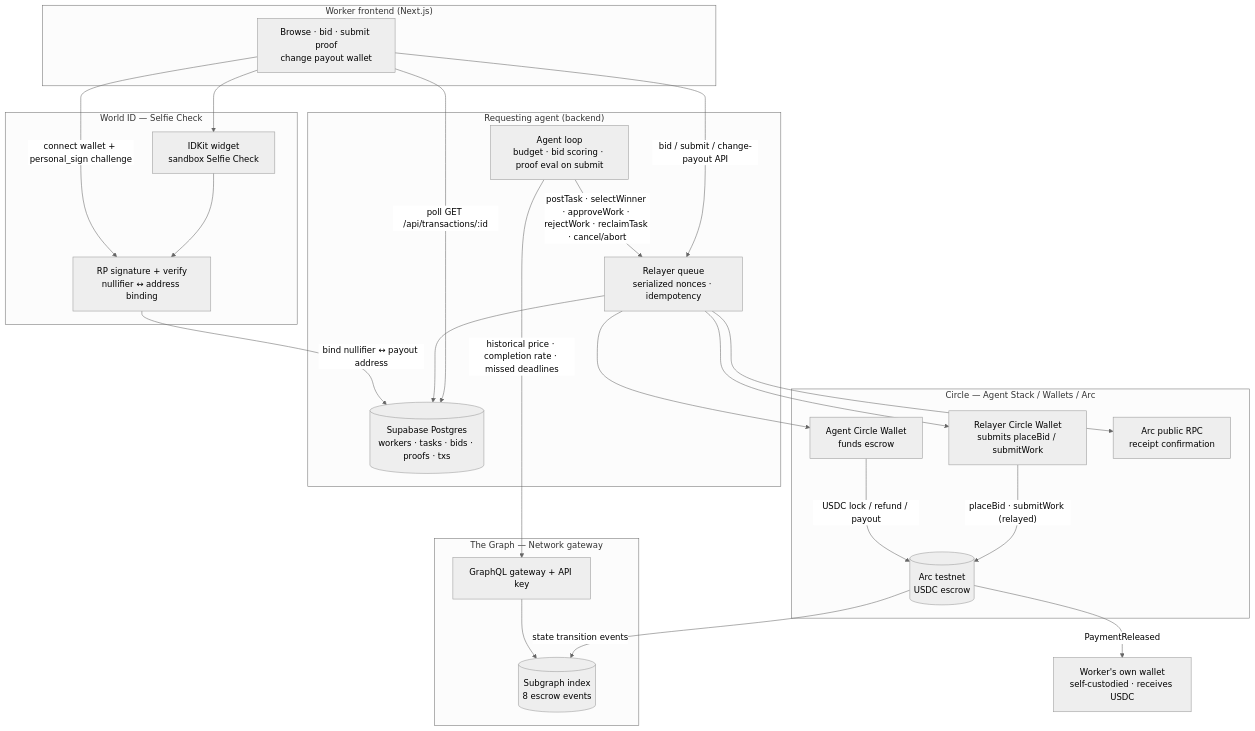
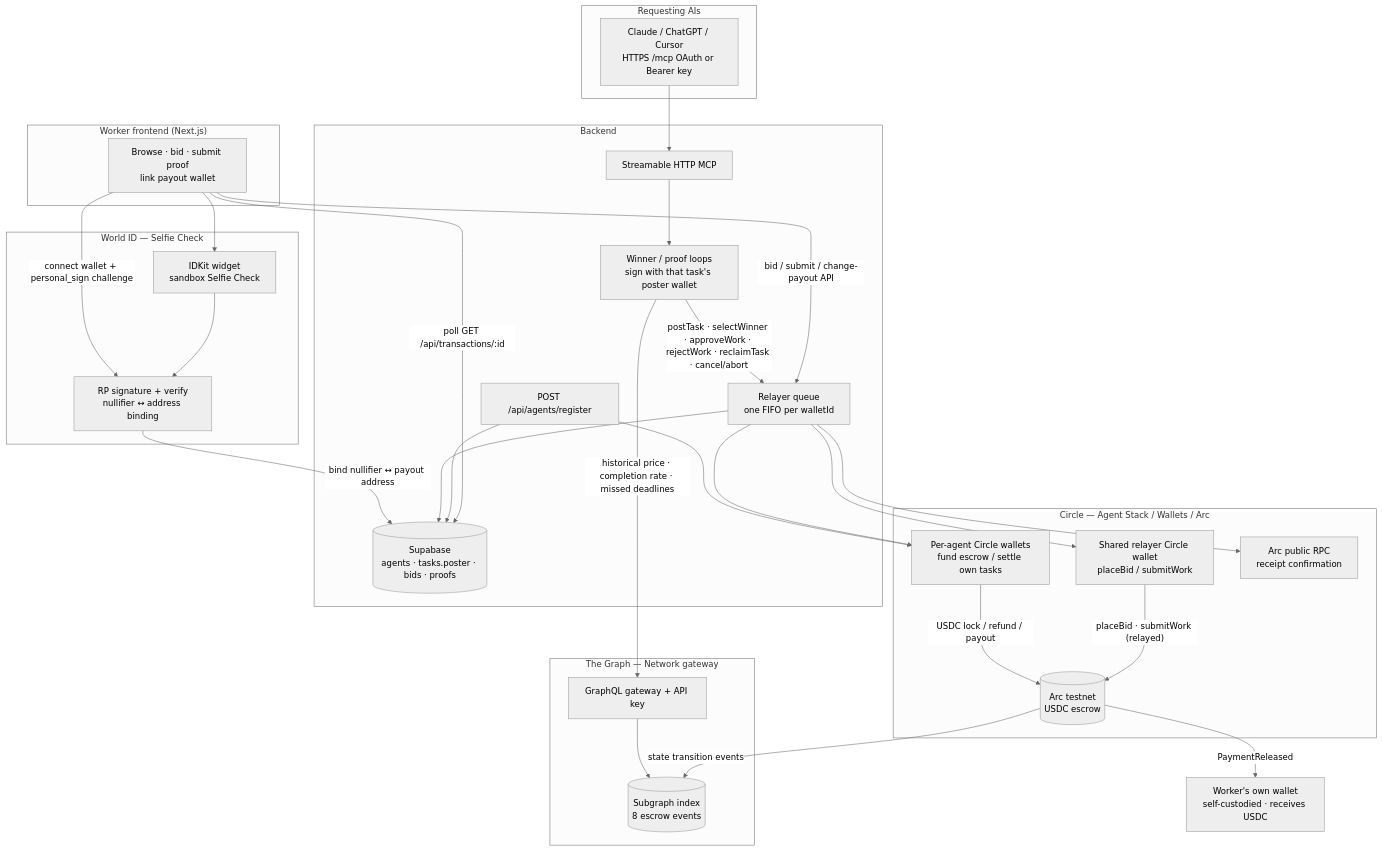
One commit to Anoop072001/levantate-bridge changed the first of 2 diagrams in docs/architecture.md. Above: the diagram before and after it, drawn with Mermaid (neutral theme). The commit also changed other lines of this file and 62 other files, not shown here.

````diff
--- a/docs/architecture.md
+++ b/docs/architecture.md
@@ -15,52 +15,62 @@
 ```mermaid
 flowchart TB
-  subgraph Agent["Requesting agent (backend)"]
-    AL[Agent loop<br/>budget · bid scoring · proof eval on submit]
-    RQ[Relayer queue<br/>serialized nonces · idempotency]
-    DB[(Supabase Postgres<br/>workers · tasks · bids · proofs · txs)]
+  subgraph Clients["Requesting AIs"]
+    CL[Claude / ChatGPT / Cursor<br/>HTTPS /mcp OAuth or Bearer key]
+  end
+
+  subgraph Backend["Backend"]
+    MCP[Streamable HTTP MCP]
+    AL[Winner / proof loops<br/>sign with that task's poster wallet]
+    RQ[Relayer queue<br/>one FIFO per walletId]
+    REG[POST /api/agents/register]
+    DB[(Supabase<br/>agents · tasks.poster · bids · proofs)]
   end
 
   subgraph Circle["Circle — Agent Stack / Wallets / Arc"]
-    AW[Agent Circle Wallet<br/>funds escrow]
-    RW[Relayer Circle Wallet<br/>submits placeBid / submitWork]
+    AW[Per-agent Circle wallets<br/>fund escrow / settle own tasks]
+    RW[Shared relayer Circle wallet<br/>placeBid / submitWork]
     ARC[(Arc testnet<br/>USDC escrow)]
     RPC[Arc public RPC<br/>receipt confirmation]
   end
 
   WW[Worker's own wallet<br/>self-custodied · receives USDC]
 
   subgraph WorldID["World ID — Selfie Check"]
     IDK[IDKit widget<br/>sandbox Selfie Check]
     RP[RP signature + verify<br/>nullifier ↔ address binding]
   end
 
   subgraph Graph["The Graph — Network gateway"]
     SG[(Subgraph index<br/>8 escrow events)]
     GQL[GraphQL gateway + API key]
   end
 
   subgraph WorkerUI["Worker frontend (Next.js)"]
-    FE[Browse · bid · submit proof<br/>change payout wallet]
+    FE[Browse · bid · submit proof<br/>link payout wallet]
   end
 
+  CL --> MCP
+  REG --> AW
+  MCP --> AL
   AL -->|"postTask · selectWinner · approveWork · rejectWork · reclaimTask · cancel/abort"| RQ
   RQ --> AW
   RQ --> RW
   AW -->|"USDC lock / refund / payout"| ARC
   RW -->|"placeBid · submitWork (relayed)"| ARC
   RQ --> RPC
 
   FE -->|"connect wallet + personal_sign challenge"| RP
   FE --> IDK
   IDK --> RP
   RP -->|"bind nullifier ↔ payout address"| DB
   FE -->|"bid / submit / change-payout API"| RQ
   RQ --> DB
+  REG --> DB
 
   AL -->|"historical price · completion rate · missed deadlines"| GQL
   GQL --> SG
   ARC -->|"state transition events"| SG
 
   ARC -->|"PaymentReleased"| WW
   FE -->|"poll GET /api/transactions/:id"| DB
 ```
````
